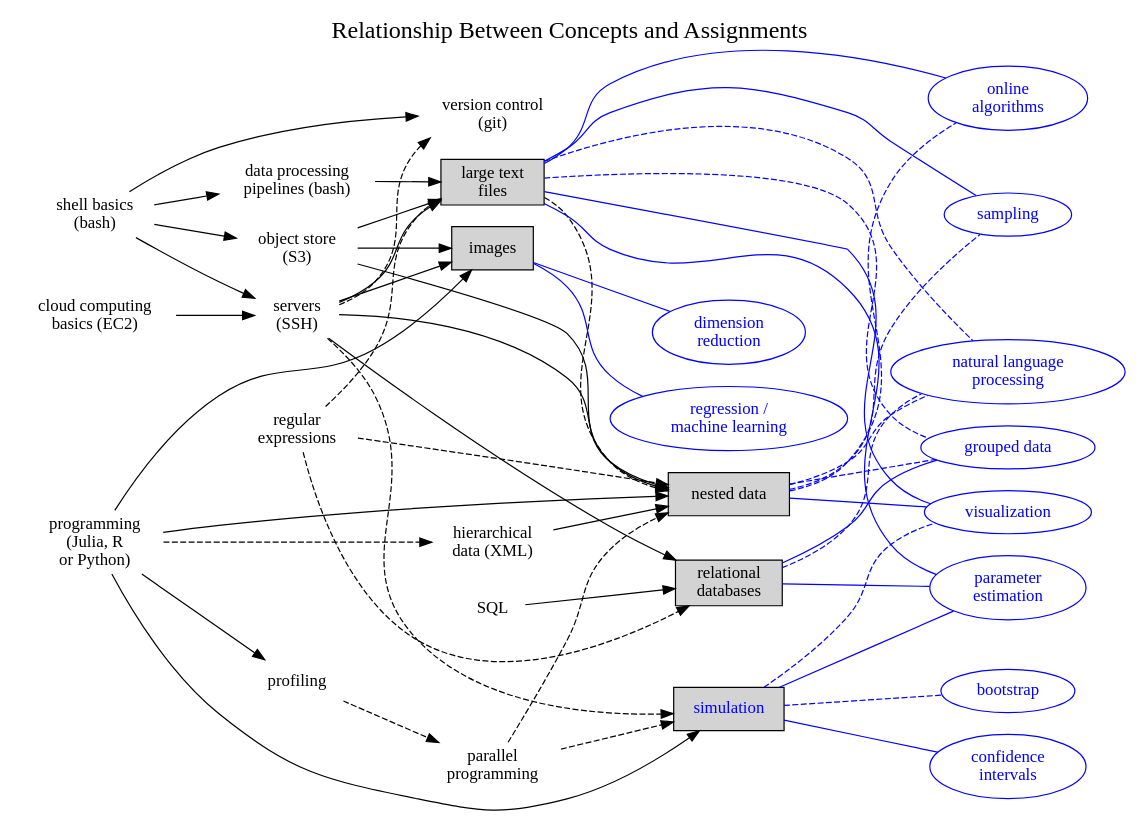
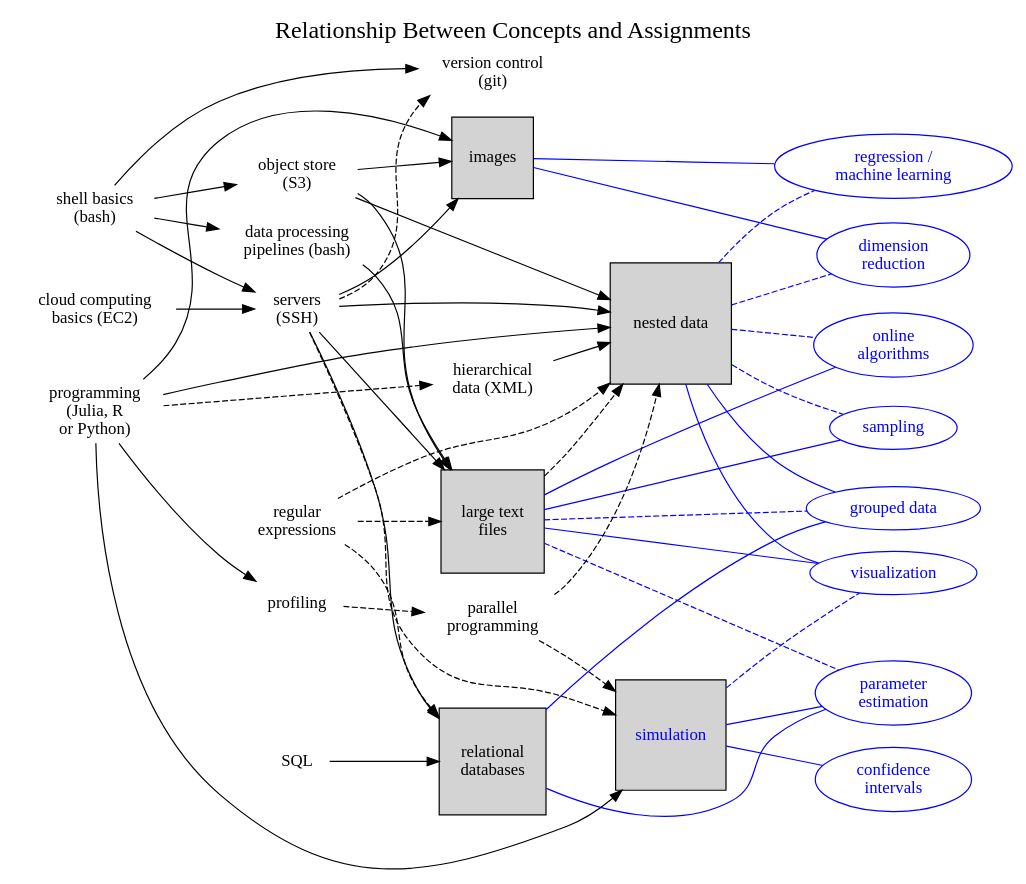
The diagram in order.dot (clarkfitzg/stat196K), drawn with Graphviz before and after one commit.

Commit message:
good enough

```diff
--- a/order.dot
+++ b/order.dot
@@ -1,103 +1,101 @@
 digraph {
 rankdir = LR;
 labelloc="t";
 fontsize = 20;
 label="Relationship Between Concepts and Assignments";
 
 // assignments
-node [shape = rectangle, style = filled]
+node [shape = square, style = filled]
 large_text_files [label = "large text\nfiles"]
 nested_data [label = "nested data"]
 database [label = "relational\ndatabases"]
 images [label = "images"]
 simulation [label = "simulation", fontcolor = blue]
 
 // tech skills
+//node [shape = rectangle, style = unfilled]
 node [shape = none, style = unfilled]
 shell_basics [label = "shell basics\n(bash)"]
 shell_advanced [label = "data processing\n\pipelines (bash)"]
 ssh [label = "servers\n(SSH)"]
 git [label = "version control\n(git)"]
 profiling
 parallel [label = "parallel\nprogramming"]
 ec2 [label = "cloud computing\nbasics (EC2)"]
 sql [label = "SQL"]
 s3 [label = "object store\n(S3)"]
 programming [label = "programming\n(Julia, R\n or Python)"]
 xml [label = "hierarchical\ndata (XML)"]
 regex [label = "regular\nexpressions"]
 
 // hard dependencies
 shell_basics -> ssh
 shell_basics -> git
 shell_basics -> shell_advanced
 shell_basics -> s3
 shell_advanced -> large_text_files
 ec2 -> ssh
 sql -> database
 s3 -> large_text_files
 s3 -> nested_data
 s3 -> images
 ssh -> large_text_files
 ssh -> nested_data
 ssh -> images
 ssh -> database
 programming -> nested_data
 programming -> profiling
 programming -> images
 programming -> simulation
 xml -> nested_data
 
 
 // soft dependencies
 edge [style = dashed]
 large_text_files -> nested_data
 parallel -> simulation
 parallel -> nested_data
+//parallel -> images
 profiling -> parallel
 programming -> xml
 regex -> nested_data
 regex -> large_text_files
 regex -> database
 ssh -> simulation
 ssh -> git
 
 // statistical ideas
 node [shape = oval, color = blue, fontcolor = blue]
 sampling
-bootstrap
 visualization
 ml [label = "regression /\nmachine learning"]
-nlp [label = "natural language\nprocessing"]
 grouped [label = "grouped data"]
 estimation [label = "parameter\nestimation"]
 dim_reduce [label = "dimension\nreduction"]
 conf_interval [label = "confidence\nintervals"]
 online_algo [label = "online\nalgorithms"]
 
 // statistics optional connections
 edge [color = blue, dir = none]
 large_text_files -> grouped
-large_text_files -> nlp
-nested_data -> grouped
+large_text_files -> estimation
+nested_data -> ml
 nested_data -> sampling
 nested_data -> online_algo
-nested_data -> nlp
-database -> nlp
-simulation -> bootstrap
+nested_data -> dim_reduce
 simulation -> visualization
 
 // statistics
 edge [style = solid]
 large_text_files -> sampling
 large_text_files -> online_algo
-large_text_files -> estimation
 large_text_files -> visualization
 nested_data -> visualization
+nested_data -> grouped
 simulation -> estimation
 simulation -> conf_interval
 images -> ml
 images -> dim_reduce
 database -> grouped
 database -> estimation
 }
```
